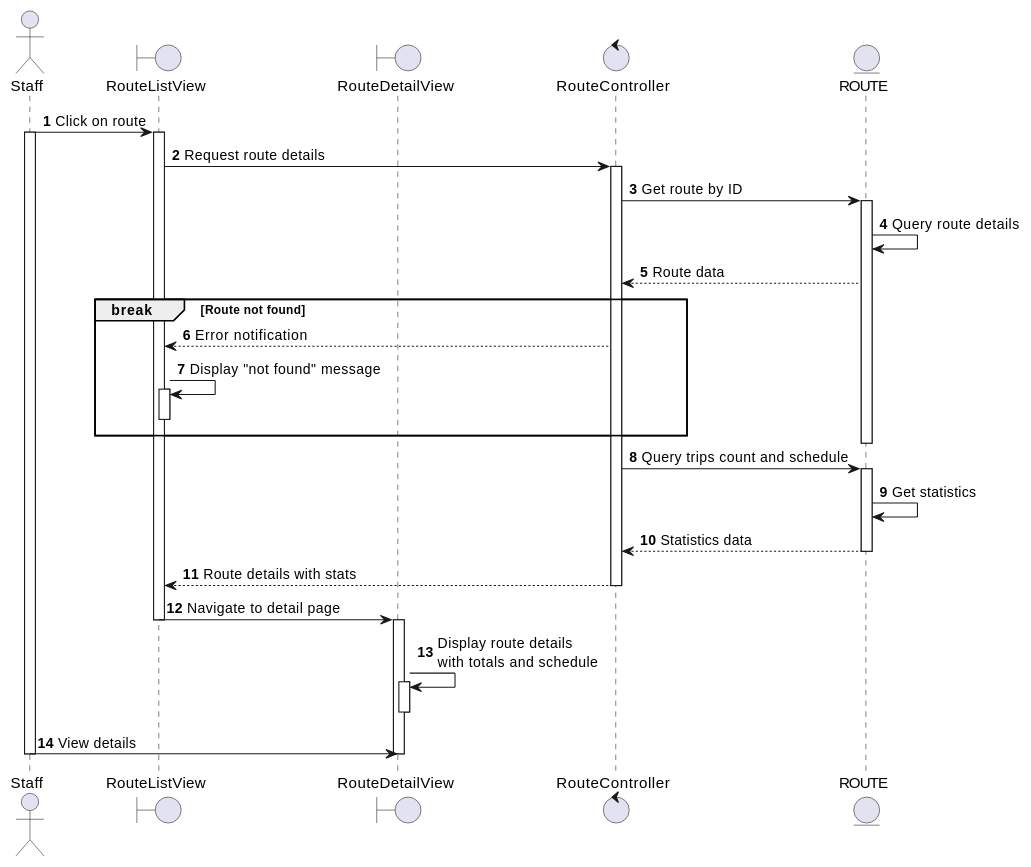
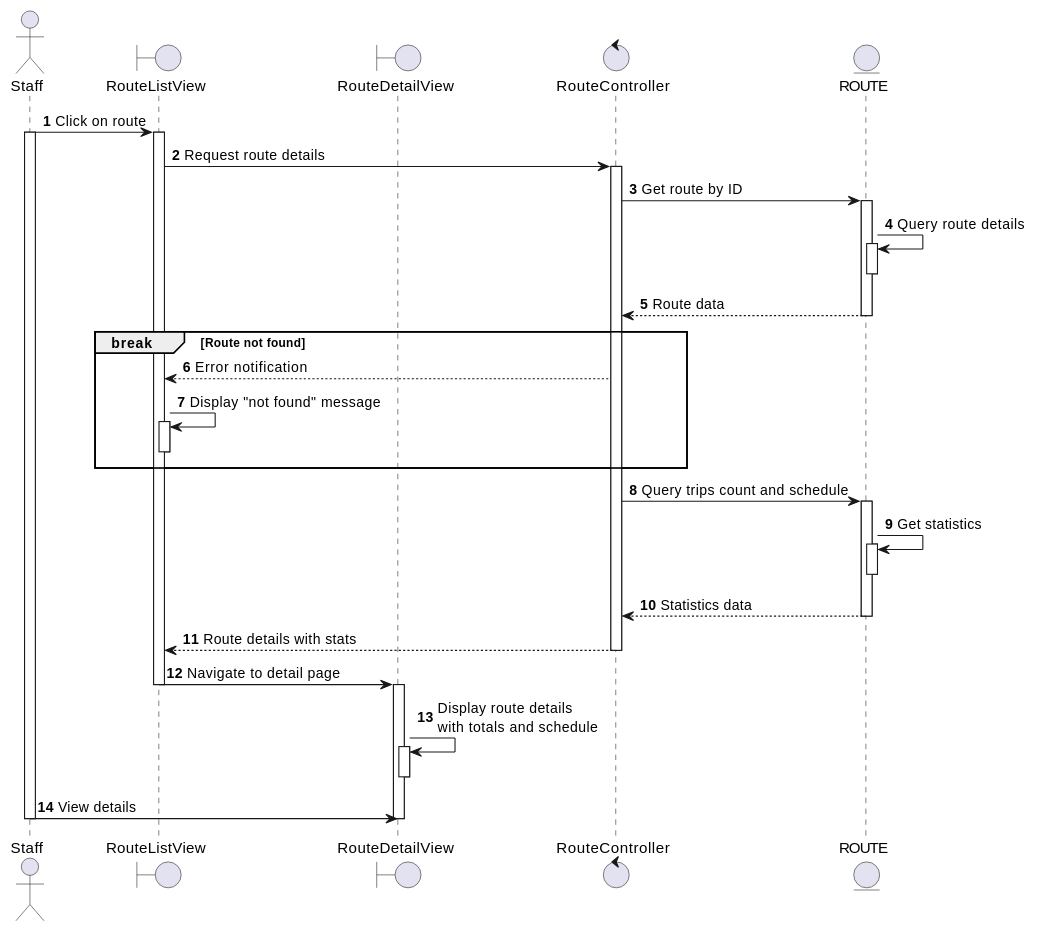
One commit to se113-wm/se113-wm.github.io changed the diagram in docs/docs/sequence/manage-routes/view-route-detail.md. Above: the diagram before and after it, drawn with PlantUML. The commit also changed 37 other files, not shown here.

First line of the commit message:
Refactor sequence diagrams for booking and trip management

````diff
--- a/docs/docs/sequence/manage-routes/view-route-detail.md
+++ b/docs/docs/sequence/manage-routes/view-route-detail.md
@@ -3,51 +3,56 @@
 ```plantuml
 @startuml
 autonumber
 
 actor Staff as S
 boundary RouteListView as RLV
 boundary RouteDetailView as RDV
 control RouteController as RC
 entity ROUTE as R
 
 S -> RLV: Click on route
 activate S
 activate RLV
 RLV -> RC: Request route details
 activate RC
 RC -> R: Get route by ID
 activate R
 R -> R: Query route details
+activate R
+deactivate R
 RC <-- R: Route data
+deactivate R
 
 break Route not found
   RLV <-- RC: Error notification
   RLV -> RLV: Display "not found" message
   activate RLV
   deactivate RLV
 end
 
 deactivate R
 RC -> R: Query trips count and schedule
 activate R
 R -> R: Get statistics
+activate R
+deactivate R
 RC <-- R: Statistics data
 deactivate R
 
 RLV <-- RC: Route details with stats
 deactivate RC
 RLV -> RDV: Navigate to detail page
 deactivate RLV
 activate RDV
 RDV -> RDV: Display route details\nwith totals and schedule
 activate RDV
 deactivate RDV
 
 S -> RDV: View details
 deactivate RDV
 deactivate S
 
 @enduml
 
 <!-- diagram id="sequence-manage-routes-view-route-detail" -->
 ```
````
